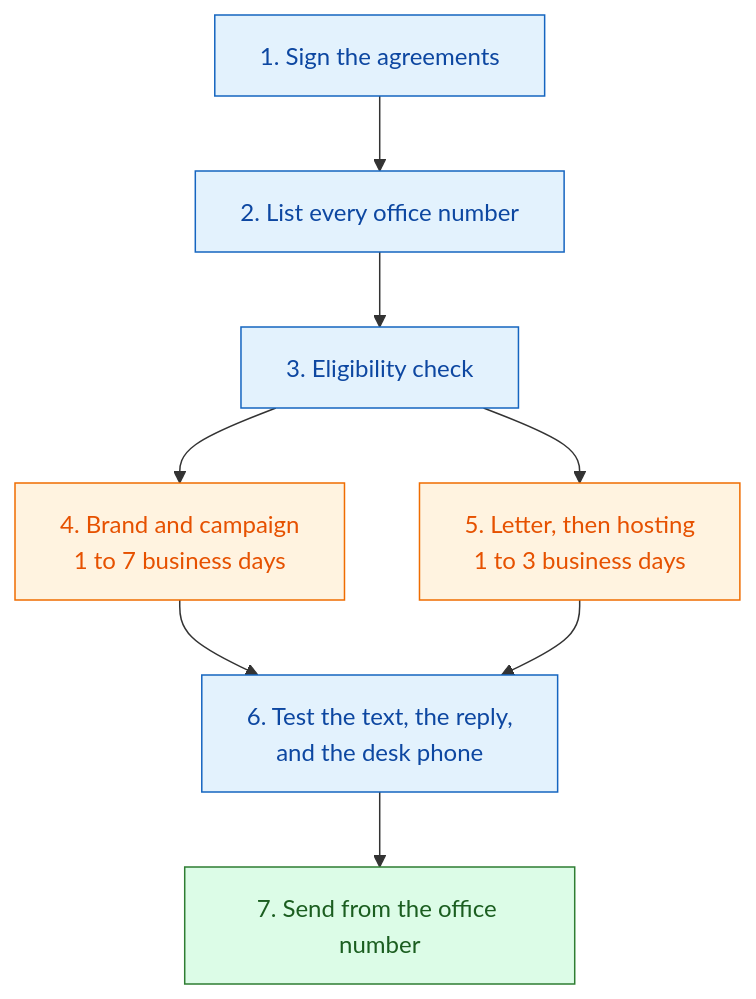
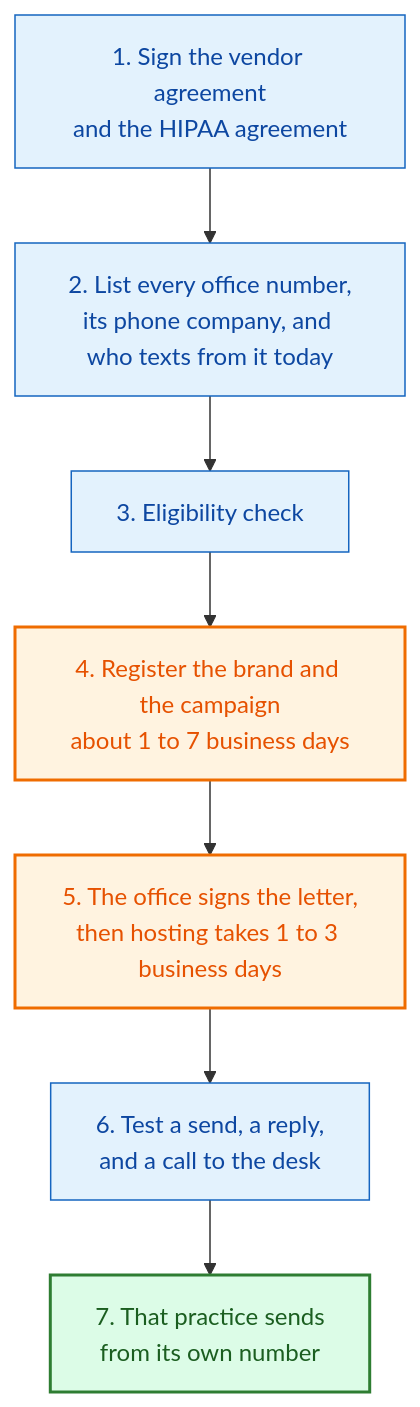
The fourth of 5 diagrams in docs/office-number-texting-report.md (daava-hq/shared-docs), drawn with Mermaid before and after one commit. The commit also changed other lines of this file, not shown here.

First line of the commit message:
Restore the original texting report diagrams

````diff
--- a/docs/office-number-texting-report.md
+++ b/docs/office-number-texting-report.md
@@ -190,16 +188,17 @@
 ```mermaid
 flowchart TD
-  A["1. Sign the agreements"] --> B["2. List every office number"] --> C["3. Eligibility check"]
-  C --> D["4. Brand and campaign<br/>1 to 7 business days"]
-  C --> E["5. Letter, then hosting<br/>1 to 3 business days"]
-  D --> F["6. Test the text, the reply,<br/>and the desk phone"]
-  E --> F
-  F --> G["7. Send from the office number"]
+  A["1. Sign the vendor agreement<br/>and the HIPAA agreement"] --> B["2. List every office number,<br/>its phone company, and who texts from it today"]
+  B --> C["3. Eligibility check"]
+  C --> D["4. Register the brand and the campaign<br/>about 1 to 7 business days"]
+  D --> E["5. The office signs the letter,<br/>then hosting takes 1 to 3 business days"]
+  E --> F["6. Test a send, a reply,<br/>and a call to the desk"]
+  F --> G["7. That practice sends<br/>from its own number"]
 
   classDef actionNode fill:#e3f2fd,stroke:#1565c0,color:#0d47a1
-  classDef waitNode fill:#fff3e0,stroke:#ef6c00,color:#e65100
-  classDef cleanNode fill:#dcfce7,stroke:#2e7d32,color:#1b5e20
+  classDef waitNode fill:#fff3e0,stroke:#ef6c00,stroke-width:2px,color:#e65100
+  classDef cleanNode fill:#dcfce7,stroke:#2e7d32,stroke-width:2px,color:#1b5e20
+
   class A,B,C,F actionNode
   class D,E waitNode
   class G cleanNode
 ```
````
